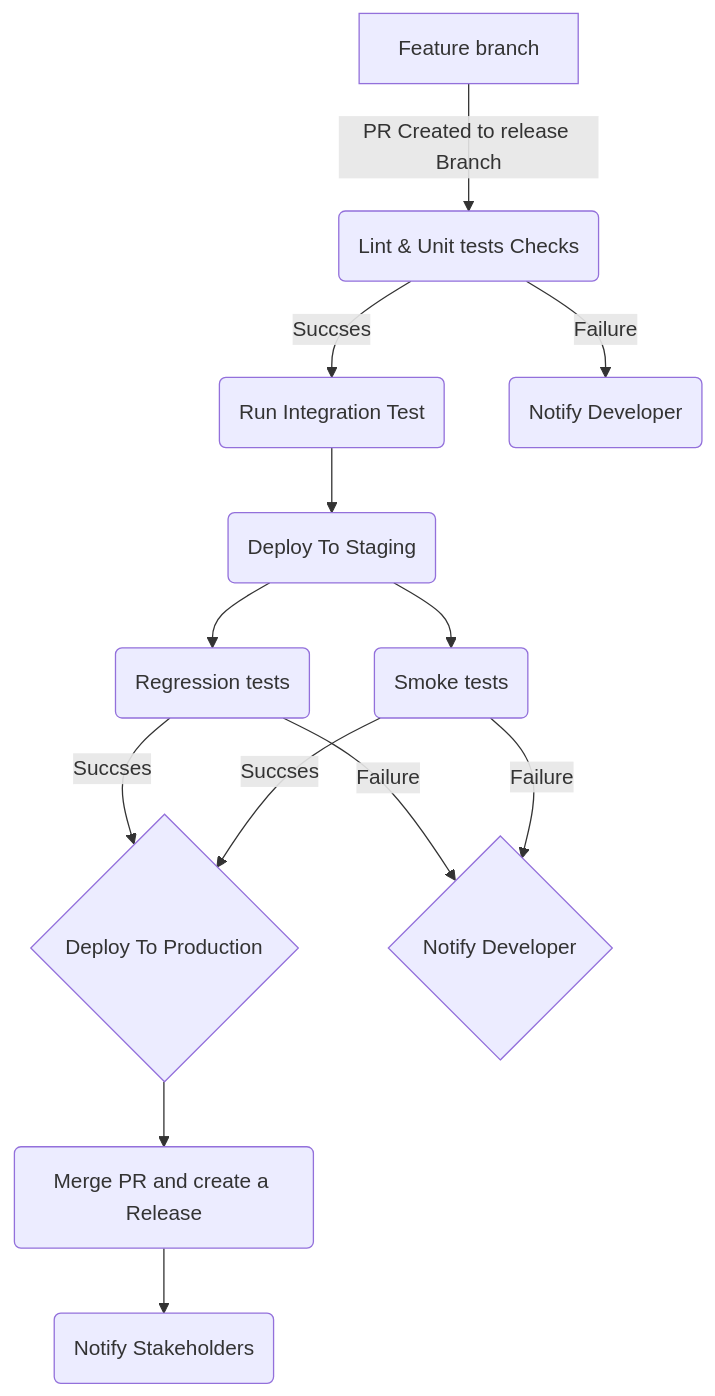
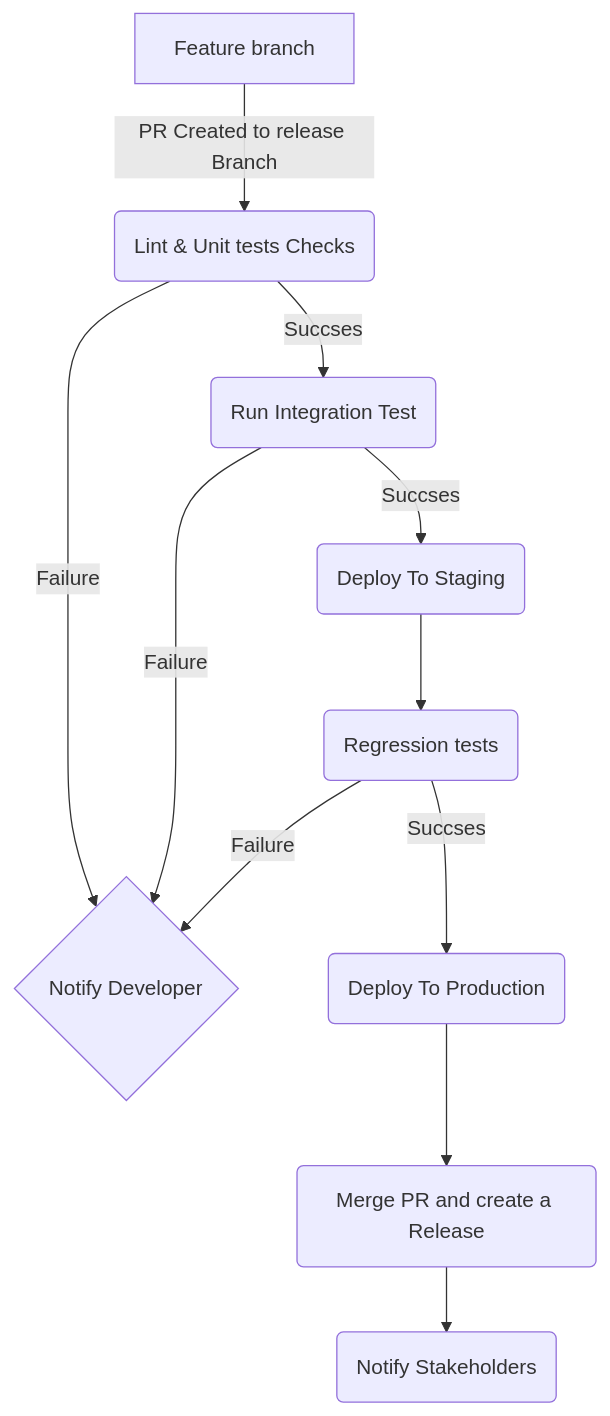
One commit to ohayonshimon/contractbook changed the diagram in README.md. Above: the diagram before and after it, drawn with Mermaid. The commit also changed other lines of this file, not shown here.

````diff
--- a/README.md
+++ b/README.md
@@ -38,17 +38,14 @@
 ```mermaid
 graph TD
    A[Feature branch] -->|PR Created to release Branch| B(Lint & Unit tests Checks)
    B --> |Succses|C(Run Integration Test)
-   B --> |Failure|D(Notify Developer)
-   C --> E(Deploy To Staging)
+   B --> |Failure|D{Notify Developer}
+   C --> |Succses|E(Deploy To Staging)
+   C --> |Failure|D{Notify Developer}
    E --> F(Regression tests)
-   E --> G(Smoke tests)
-
-   F --> |Succses|H{Deploy To Production}
-   G --> |Succses|H{Deploy To Production}
-   F --> |Failure|I{Notify Developer}
-   G --> |Failure|I{Notify Developer}
-   H --> J(Merge PR and create a Release)
-   J --> K(Notify Stakeholders)
+   F --> |Succses|G(Deploy To Production)
+   F --> |Failure|D{Notify Developer}
+   G --> H(Merge PR and create a Release)
+   H --> I(Notify Stakeholders)
 
 ```
````
